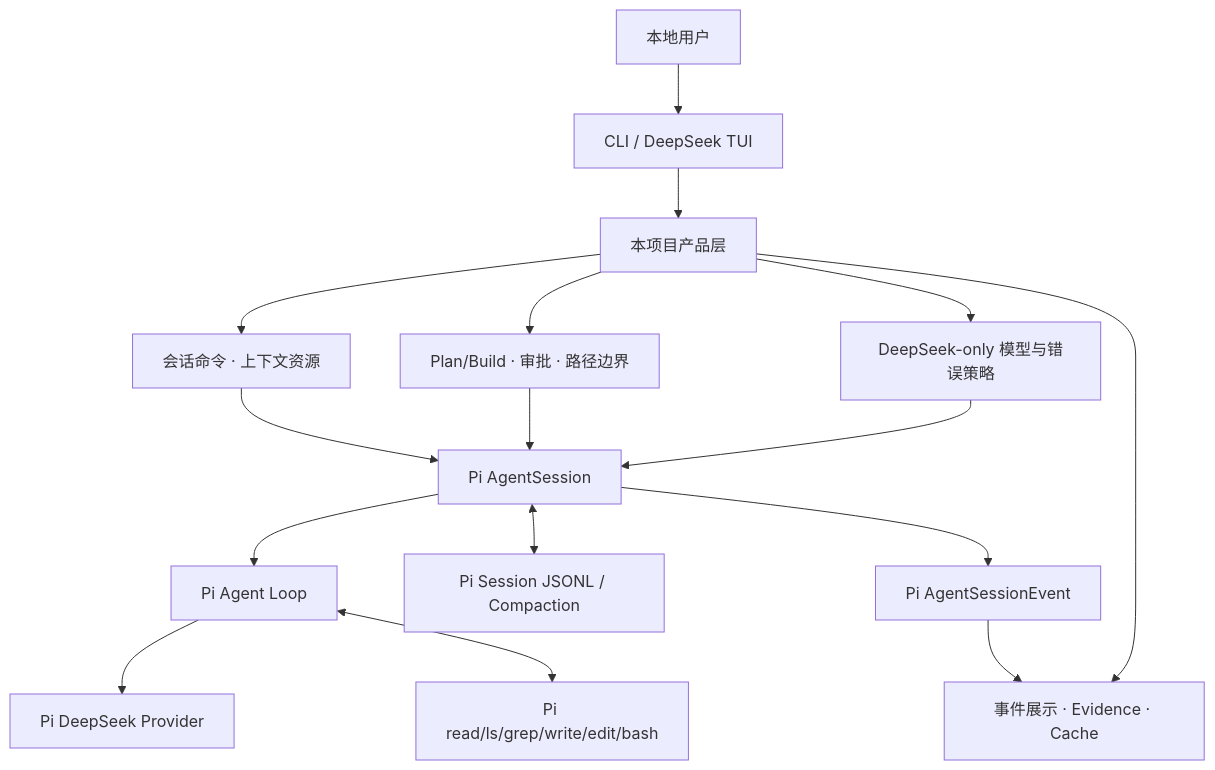
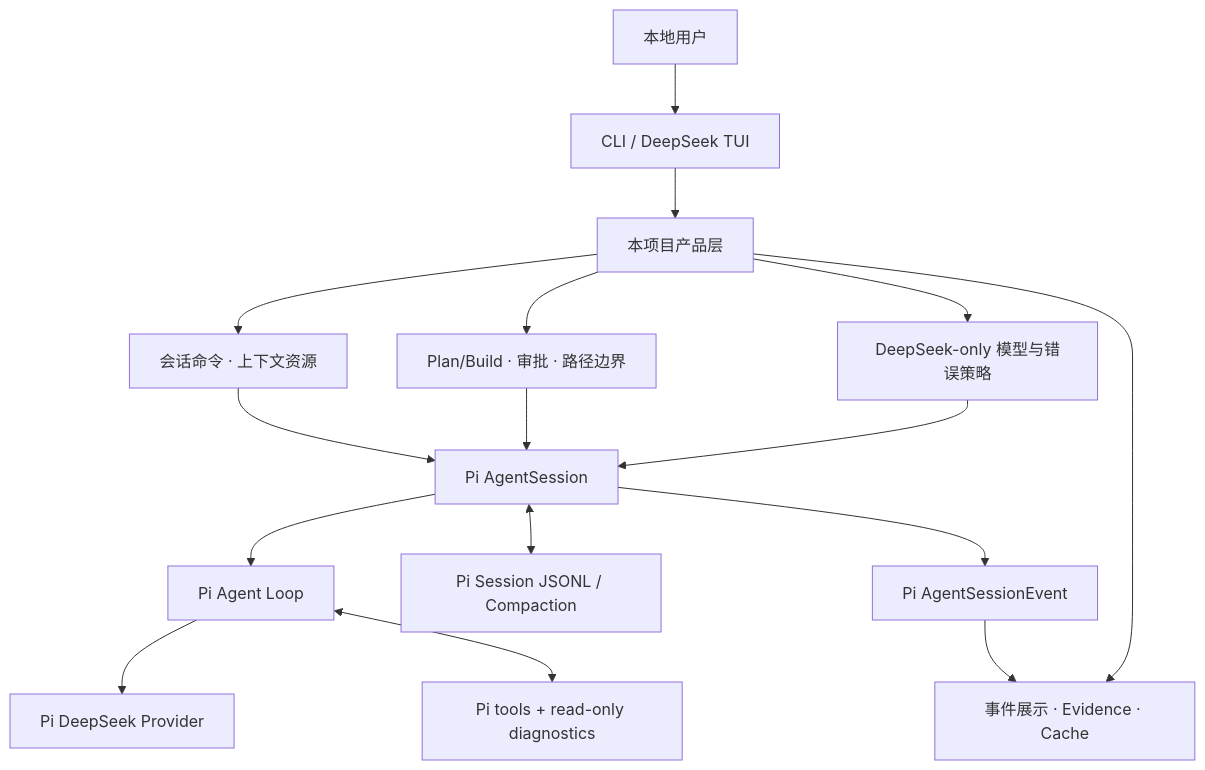
Before and after one commit to haotangyuan/deepseek-coding-agent: the diagram in docs/product-status-and-evolution.md, drawn with Mermaid. The commit also changed other lines of this file and 17 other files, not shown here.

Commit message:
feat: add read-only TypeScript diagnostics

````diff
--- a/docs/product-status-and-evolution.md
+++ b/docs/product-status-and-evolution.md
@@ -63,19 +63,19 @@
 ```mermaid
 flowchart TB
     User["本地用户"] --> UI["CLI / DeepSeek TUI"]
     UI --> Product["本项目产品层"]
     Product --> ModelPolicy["DeepSeek-only 模型与错误策略"]
     Product --> ToolPolicy["Plan/Build · 审批 · 路径边界"]
     Product --> UX["事件展示 · Evidence · Cache"]
     Product --> SessionUX["会话命令 · 上下文资源"]
 
     ModelPolicy --> Session["Pi AgentSession"]
     ToolPolicy --> Session
     SessionUX --> Session
     Session --> Loop["Pi Agent Loop"]
     Loop --> Provider["Pi DeepSeek Provider"]
-    Loop <--> Tools["Pi read/ls/grep/write/edit/bash"]
+    Loop <--> Tools["Pi tools + read-only diagnostics"]
     Session <--> Store["Pi Session JSONL / Compaction"]
     Session --> Events["Pi AgentSessionEvent"]
     Events --> UX
 ```
````
